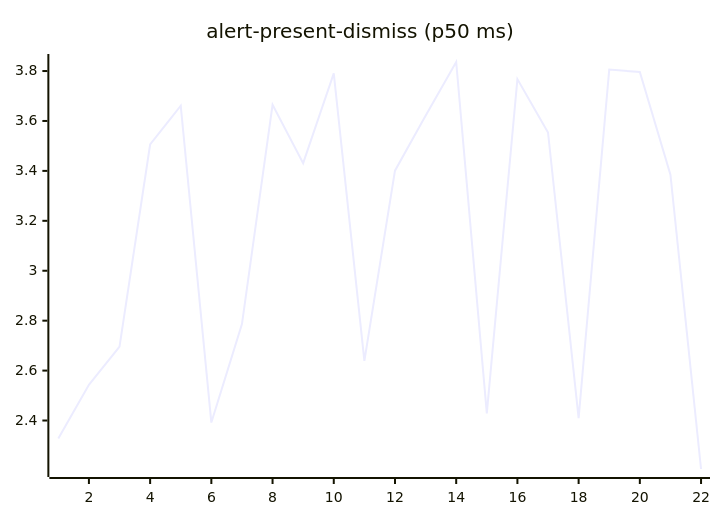
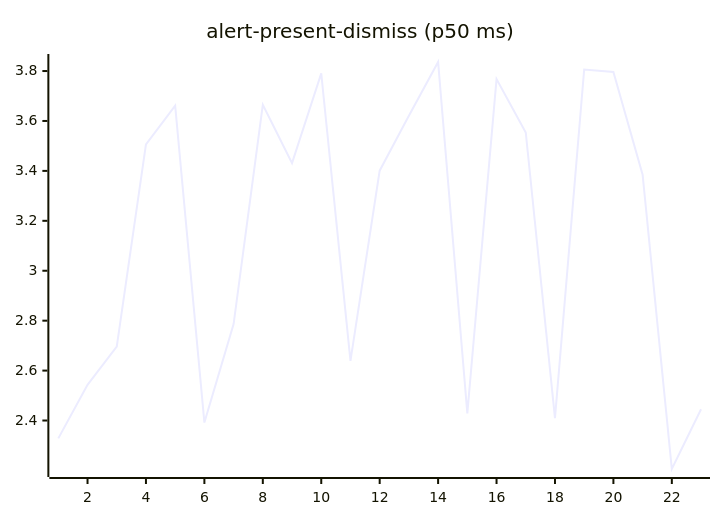
Before and after one commit to josha/Facet: the second of 27 diagrams in README.md, drawn with Mermaid. The commit also changed other lines of this file and 2 other files, not shown here.

````diff
--- a/README.md
+++ b/README.md
@@ -70,6 +70,6 @@
 ```mermaid
 xychart-beta
     title "alert-present-dismiss (p50 ms)"
-    x-axis 1 --> 22
-    line [2.3284, 2.5432, 2.6957, 3.5058, 3.6611, 2.3918, 2.7865, 3.6648, 3.4312, 3.7906, 2.6392, 3.4008, 3.6212, 3.8362, 2.4288, 3.7676, 3.5538, 2.4095, 3.8060, 3.7961, 3.3851, 2.2058]
+    x-axis 1 --> 23
+    line [2.3284, 2.5432, 2.6957, 3.5058, 3.6611, 2.3918, 2.7865, 3.6648, 3.4312, 3.7906, 2.6392, 3.4008, 3.6212, 3.8362, 2.4288, 3.7676, 3.5538, 2.4095, 3.8060, 3.7961, 3.3851, 2.2058, 2.4450]
 ```
````
